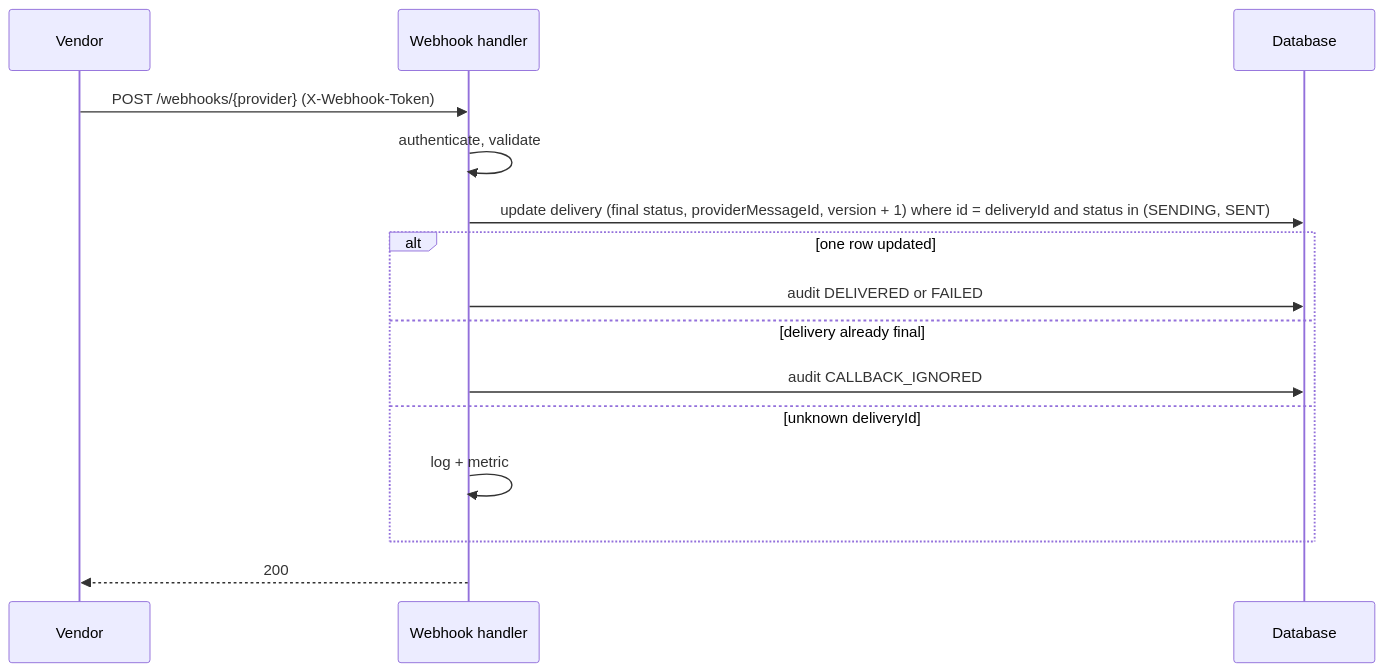
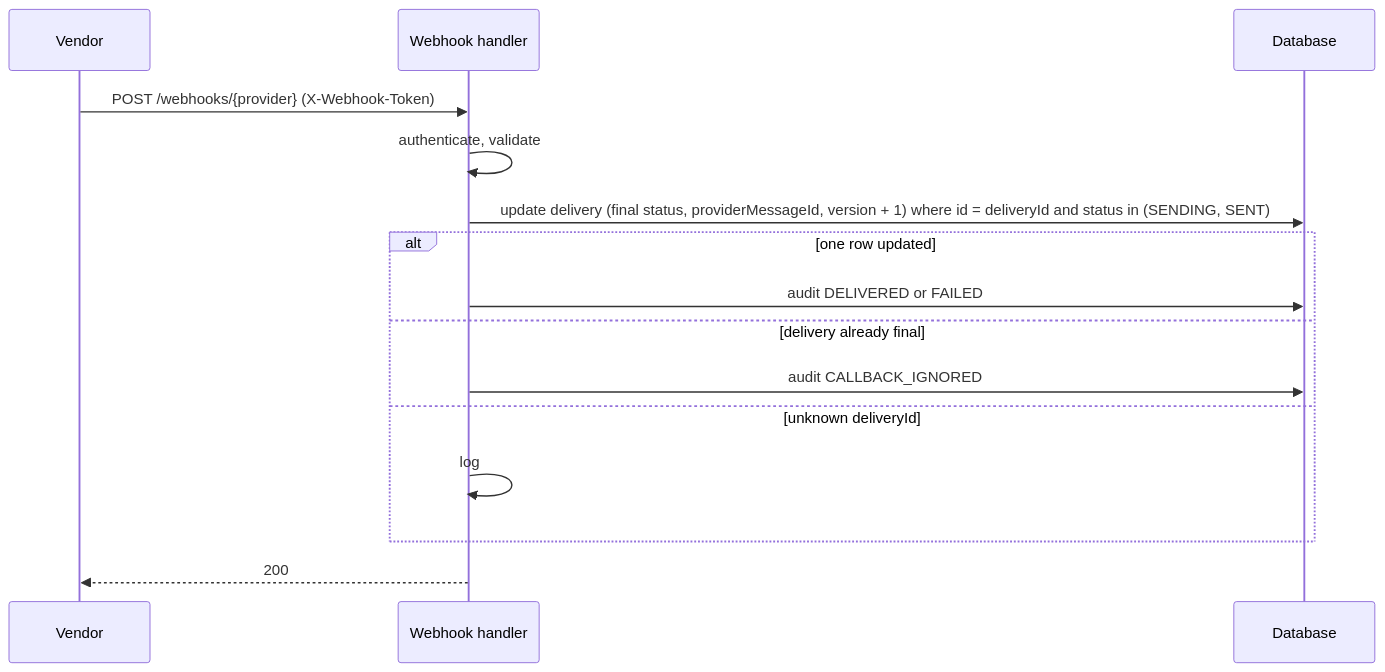
The sixth of 6 diagrams in docs/architecture.md (radwara/nms), drawn with Mermaid before and after one commit. The commit also changed other lines of this file, not shown here.

Commit message:
docs(architecture): align callback logging and webhook alerting (#12)

````diff
--- a/docs/architecture.md
+++ b/docs/architecture.md
@@ -433,17 +433,17 @@
 ```mermaid
 sequenceDiagram
     participant V as Vendor
     participant H as Webhook handler
     participant D as Database
     V->>H: POST /webhooks/{provider} (X-Webhook-Token)
     H->>H: authenticate, validate
     H->>D: update delivery (final status, providerMessageId, version + 1) where id = deliveryId and status in (SENDING, SENT)
     alt one row updated
         H->>D: audit DELIVERED or FAILED
     else delivery already final
         H->>D: audit CALLBACK_IGNORED
     else unknown deliveryId
-        H->>H: log + metric
+        H->>H: log
     end
     H-->>V: 200
 ```
````
